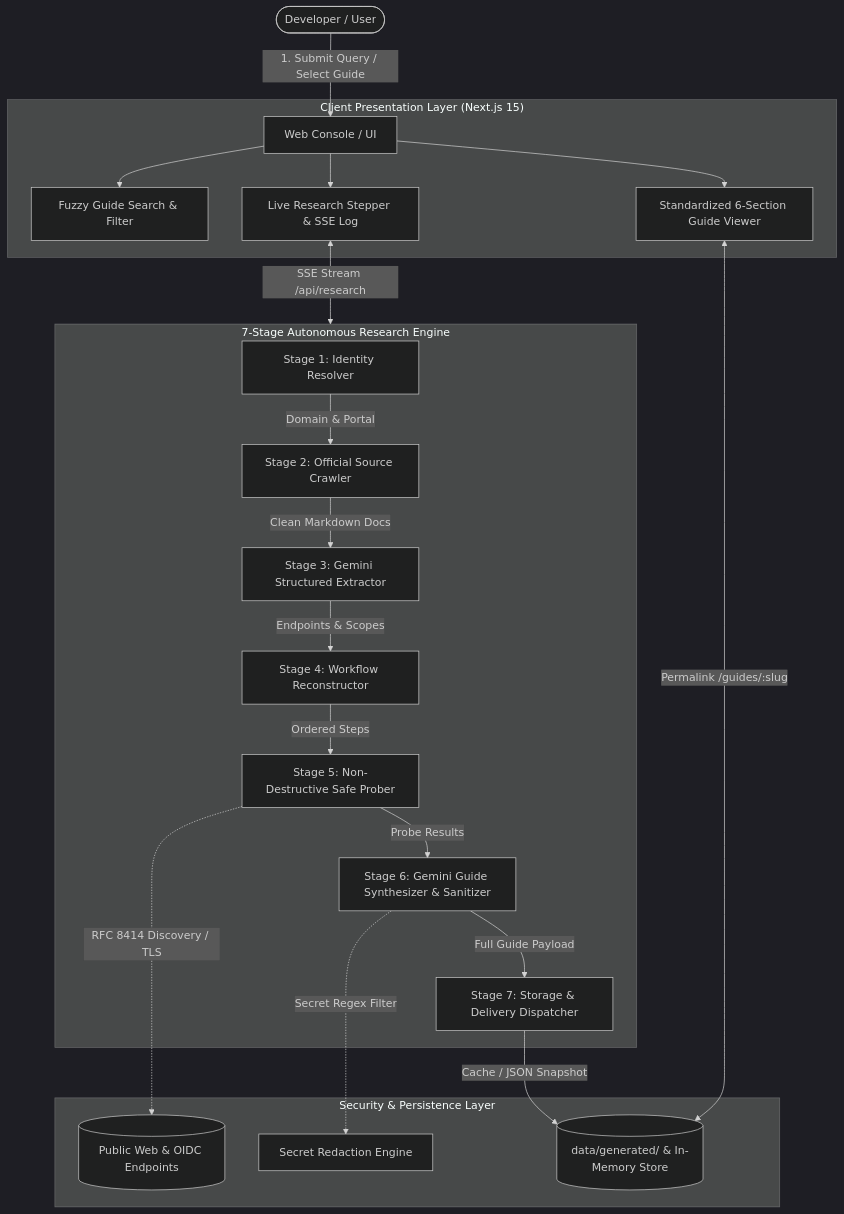
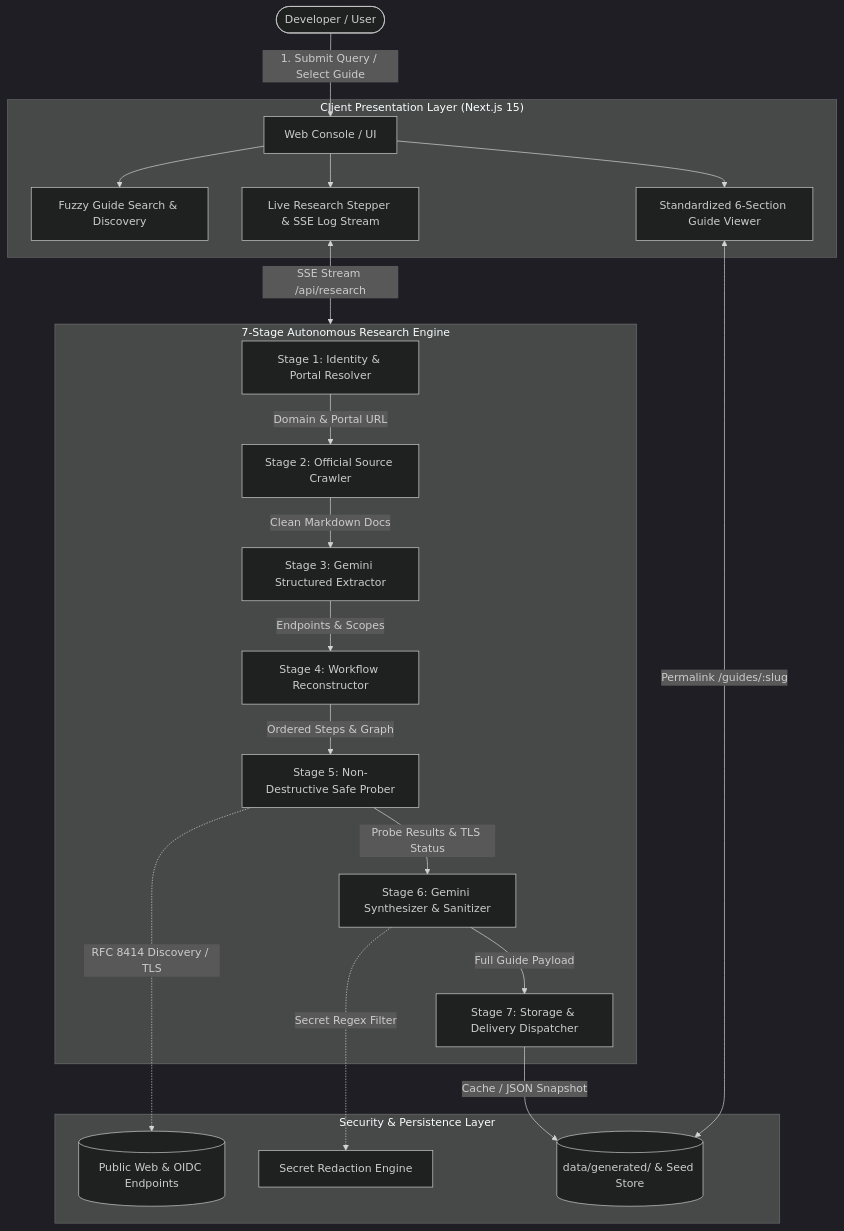
The diagram in README.md (saurabhsawarkarr/oAuth), drawn with Mermaid (dark theme) before and after one commit. The commit also changed other lines of this file and 1 other file, not shown here.

Commit message:
docs: comprehensive README update with 7-stage architecture, 48/48 E2E test verification, and design system

````diff
--- a/README.md
+++ b/README.md
@@ -25,28 +47,28 @@
 ```mermaid
 flowchart TD
     User([Developer / User]) -->|1. Submit Query / Select Guide| UI[Web Console / UI]
     
     subgraph ClientLayer ["Client Presentation Layer (Next.js 15)"]
-        UI --> Search[Fuzzy Guide Search & Filter]
-        UI --> Console[Live Research Stepper & SSE Log]
+        UI --> Search[Fuzzy Guide Search & Discovery]
+        UI --> Console[Live Research Stepper & SSE Log Stream]
         UI --> Viewer[Standardized 6-Section Guide Viewer]
     end
 
     subgraph Pipeline ["7-Stage Autonomous Research Engine"]
-        S1[Stage 1: Identity Resolver] -->|Domain & Portal| S2[Stage 2: Official Source Crawler]
+        S1[Stage 1: Identity & Portal Resolver] -->|Domain & Portal URL| S2[Stage 2: Official Source Crawler]
         S2 -->|Clean Markdown Docs| S3[Stage 3: Gemini Structured Extractor]
         S3 -->|Endpoints & Scopes| S4[Stage 4: Workflow Reconstructor]
-        S4 -->|Ordered Steps| S5[Stage 5: Non-Destructive Safe Prober]
-        S5 -->|Probe Results| S6[Stage 6: Gemini Guide Synthesizer & Sanitizer]
+        S4 -->|Ordered Steps & Graph| S5[Stage 5: Non-Destructive Safe Prober]
+        S5 -->|Probe Results & TLS Status| S6[Stage 6: Gemini Synthesizer & Sanitizer]
         S6 -->|Full Guide Payload| S7[Stage 7: Storage & Delivery Dispatcher]
     end
 
     subgraph SecurityStorage ["Security & Persistence Layer"]
         S5 -.->|RFC 8414 Discovery / TLS| SafeProbe[(Public Web & OIDC Endpoints)]
         S6 -.->|Secret Regex Filter| Sanitizer[Secret Redaction Engine]
-        S7 -->|Cache / JSON Snapshot| DiskCache[(data/generated/ & In-Memory Store)]
+        S7 -->|Cache / JSON Snapshot| DiskCache[(data/generated/ & Seed Store)]
     end
 
     Console <-->|SSE Stream /api/research| Pipeline
     Viewer <-->|Permalink /guides/:slug| DiskCache
 ```
````
